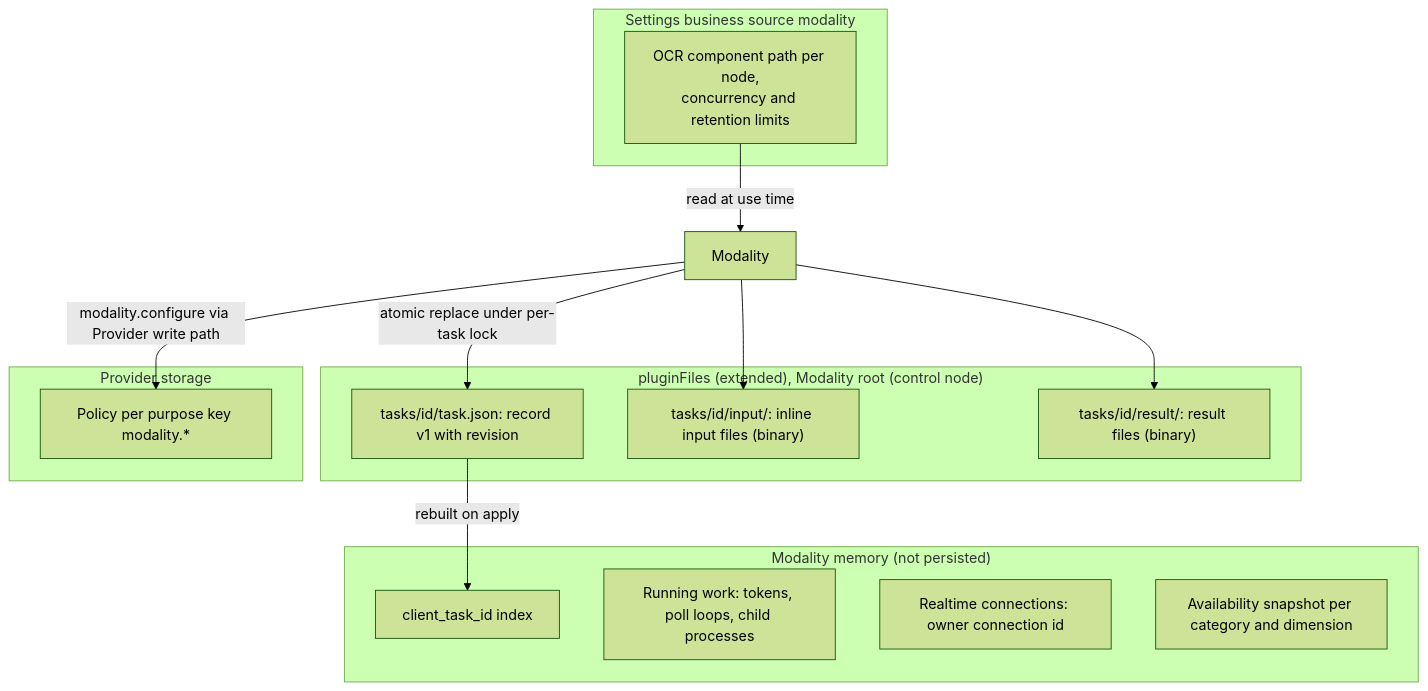
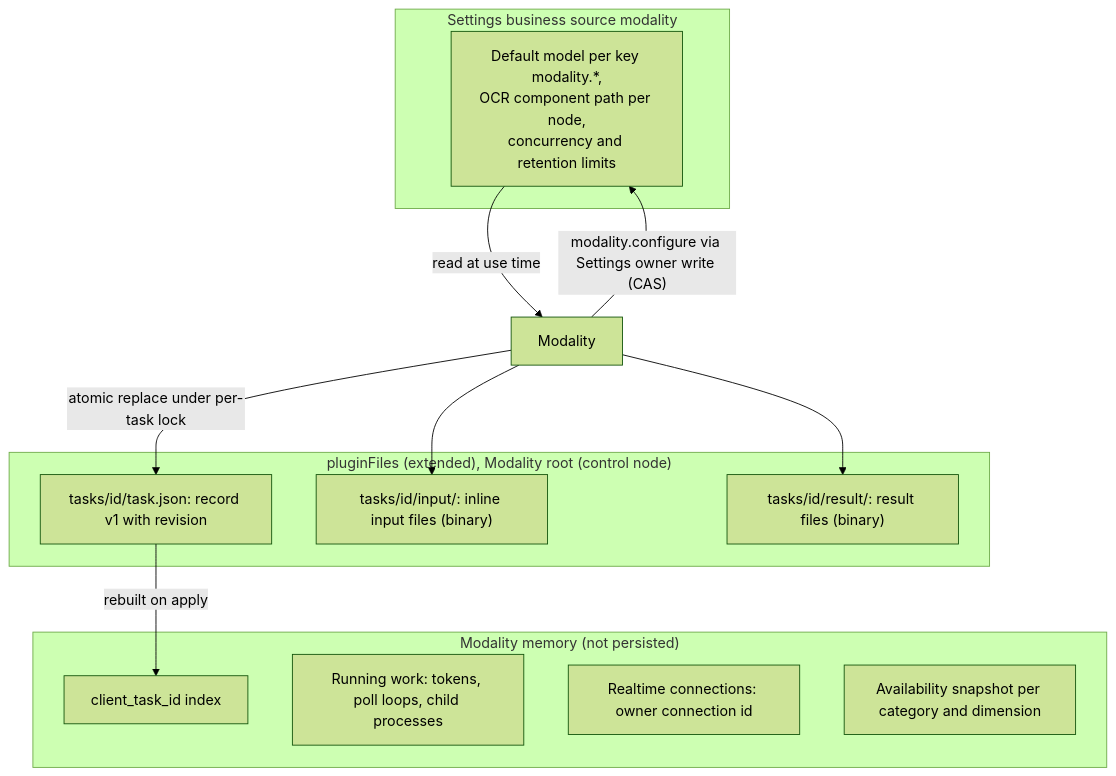
The second of 6 diagrams in docs/design/plugins/Modality.md (CoutinhoTTS/dim-agent), drawn with Mermaid (forest theme) before and after one commit. The commit also changed other lines of this file and 14 other files, not shown here.

````diff
--- a/docs/design/plugins/Modality.md
+++ b/docs/design/plugins/Modality.md
@@ -51,26 +51,23 @@
 ```mermaid
 flowchart TB
   subgraph PS["pluginFiles (extended), Modality root (control node)"]
     Rec["tasks/id/task.json: record v1 with revision"]
     In["tasks/id/input/: inline input files (binary)"]
     Res["tasks/id/result/: result files (binary)"]
   end
-  subgraph PROV["Provider storage"]
-    Pol["Policy per purpose key modality.*"]
-  end
   subgraph SET["Settings business source modality"]
-    Cfg["OCR component path per node,<br/>concurrency and retention limits"]
+    Cfg["Default model per key modality.*,<br/>OCR component path per node,<br/>concurrency and retention limits"]
   end
   subgraph MEM["Modality memory (not persisted)"]
     Idx["client_task_id index"]
     Run["Running work: tokens, poll loops, child processes"]
     RT["Realtime connections: owner connection id"]
     Av["Availability snapshot per category and dimension"]
   end
   Mod["Modality"] -->|"atomic replace under per-task lock"| Rec
   Mod --> In
   Mod --> Res
-  Mod -->|"modality.configure via Provider write path"| Pol
+  Mod -->|"modality.configure via Settings owner write (CAS)"| Cfg
   Rec -->|"rebuilt on apply"| Idx
   Cfg -->|"read at use time"| Mod
 ```
````
